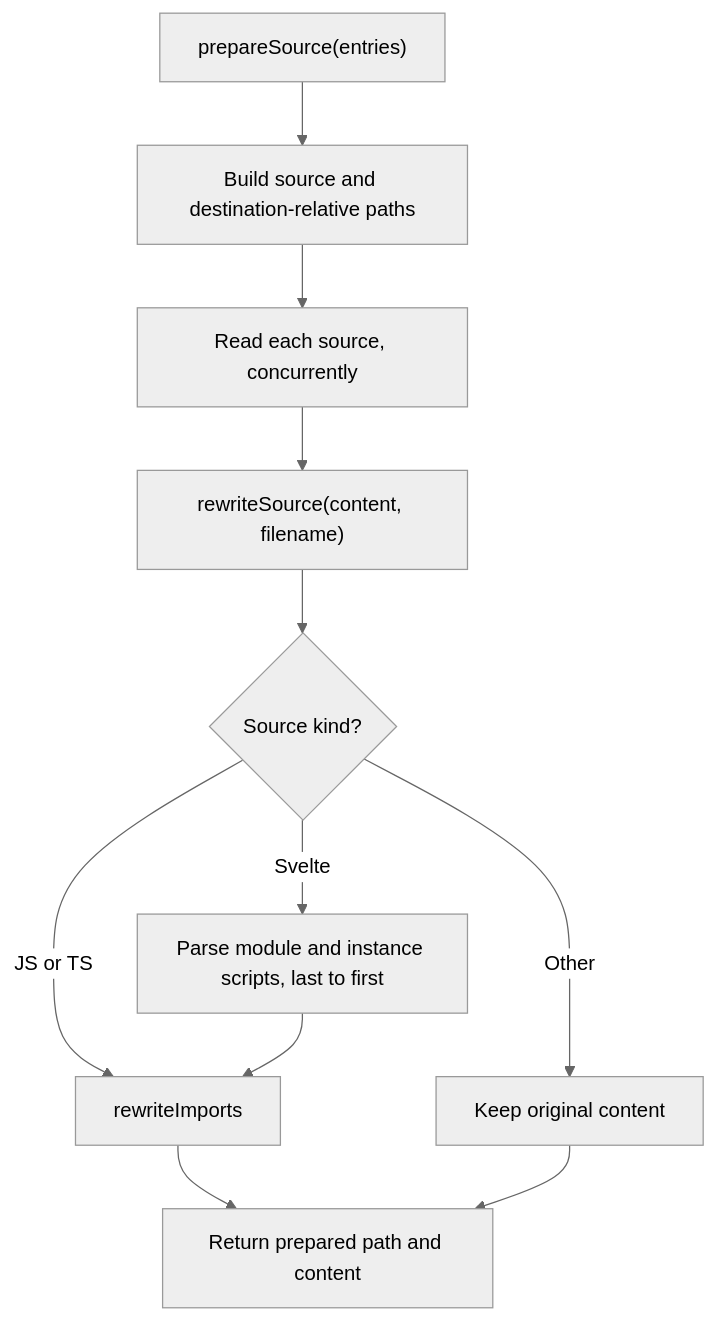
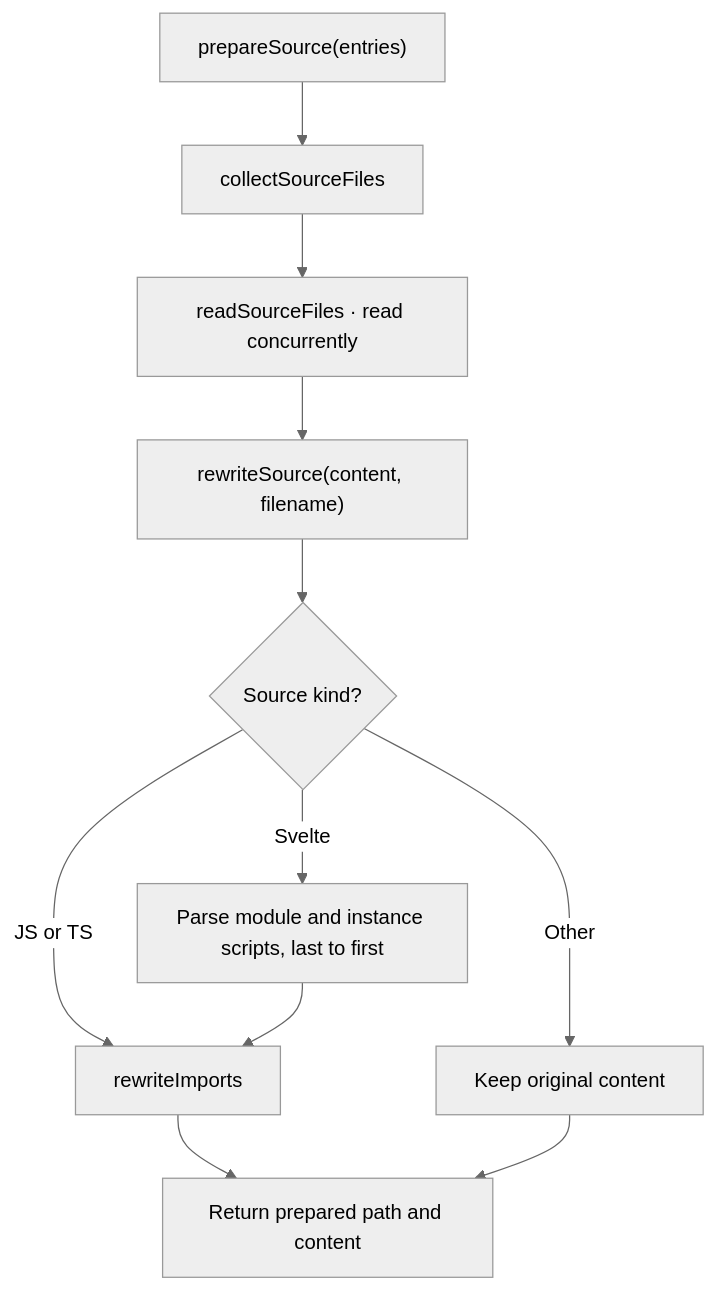
Before and after one commit to feuersteiner/bref-ui: the first of 5 diagrams in cli/installation/README.md, drawn with Mermaid (neutral theme). The commit also changed other lines of this file and 5 other files, not shown here.

````diff
--- a/cli/installation/README.md
+++ b/cli/installation/README.md
@@ -14,13 +14,13 @@
 ```mermaid
 flowchart TD
-    prepare["prepareSource(entries)"] --> files["Build source and destination-relative paths"]
-    files --> read["Read each source, concurrently"]
+    prepare["prepareSource(entries)"] --> files["collectSourceFiles"]
+    files --> read["readSourceFiles · read concurrently"]
     read --> rewrite["rewriteSource(content, filename)"]
     rewrite --> kind{"Source kind?"}
     kind -->|Svelte| scripts["Parse module and instance scripts, last to first"]
     kind -->|JS or TS| imports["rewriteImports"]
     kind -->|Other| unchanged["Keep original content"]
     scripts --> imports
     imports --> result["Return prepared path and content"]
     unchanged --> result
 ```
````
